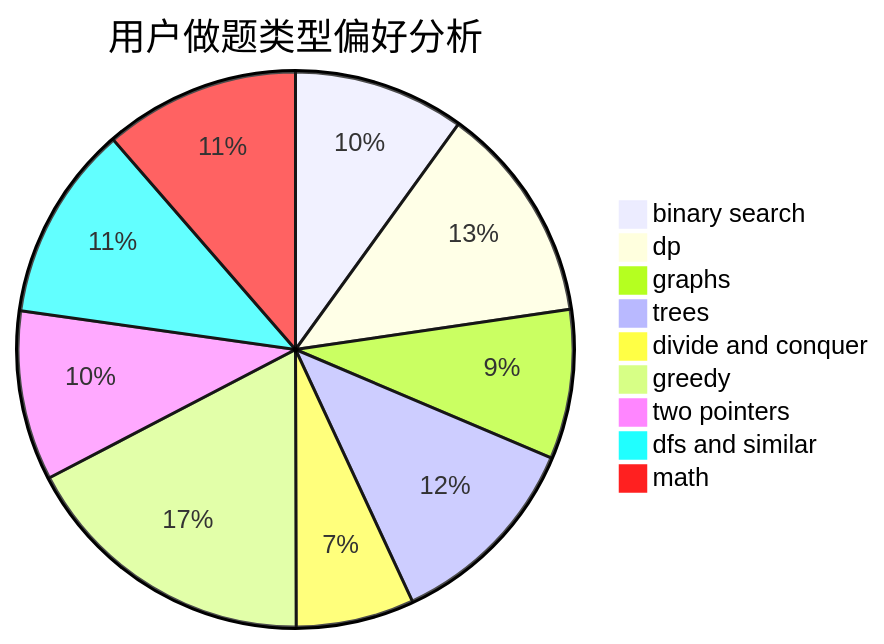
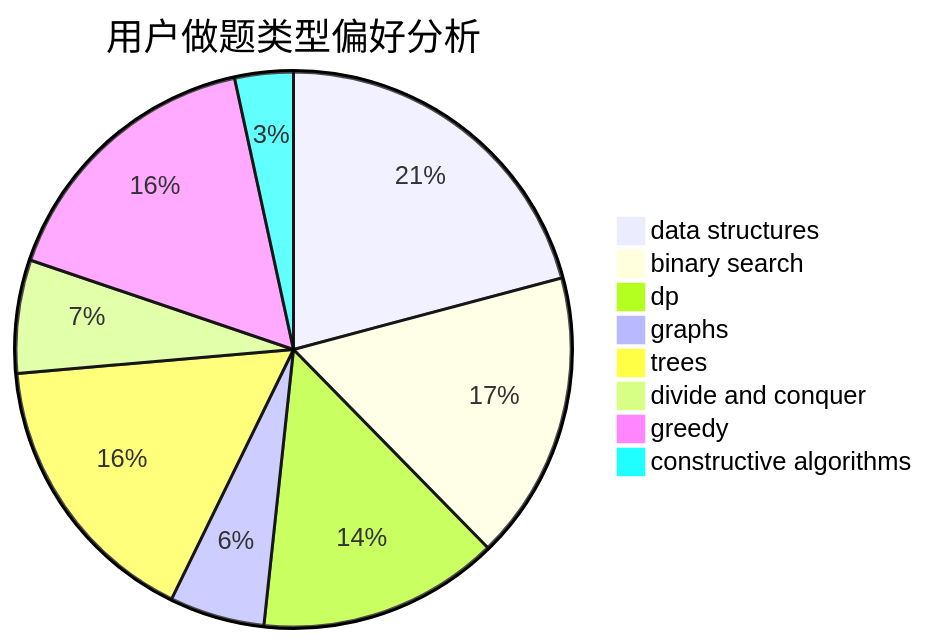
The second of 3 diagrams in docs/user/u1912.md (sherpahu/cfrs.github.io), drawn with Mermaid before and after one commit. The commit also changed other lines of this file and 2775 other files, not shown here.

````diff
--- a/docs/user/u1912.md
+++ b/docs/user/u1912.md
@@ -23,12 +23,11 @@
 ```mermaid
 pie title 用户做题类型偏好分析
-    "binary search" :  126
-    "dp" :  161
-    "graphs" :  110
-    "trees" :  148
-    "divide and conquer" :  87
-    "greedy" :  220
-    "two pointers" :  125
-    "dfs and similar" :  144
-    "math" :  144
+    "data structures" :  98
+    "binary search" :  79
+    "dp" :  66
+    "graphs" :  26
+    "trees" :  77
+    "divide and conquer" :  31
+    "greedy" :  77
+    "constructive algorithms" :  16
 ```
````
